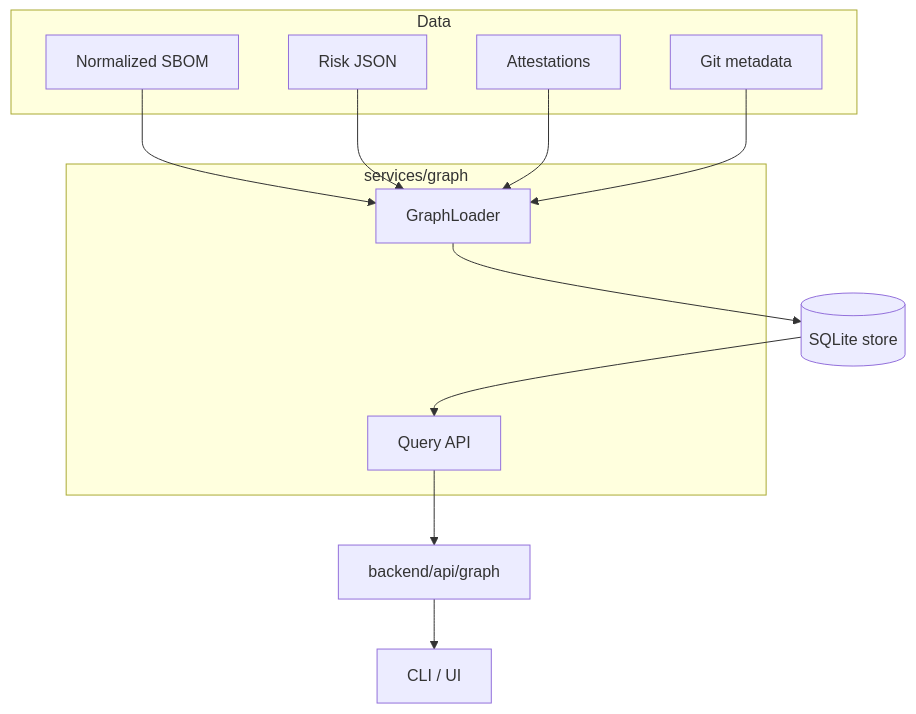
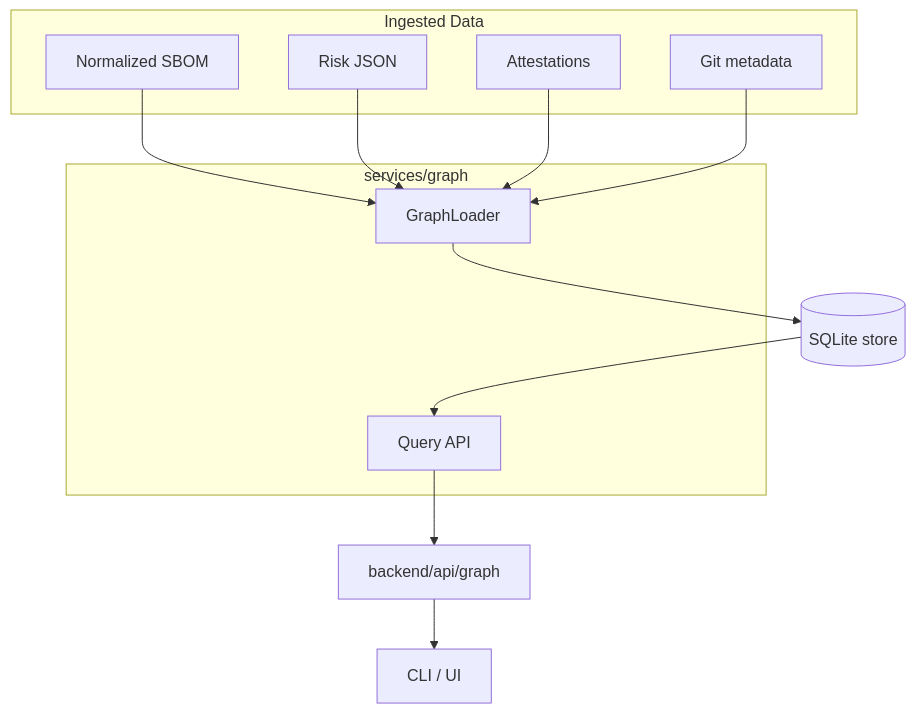
Before and after one commit to DevOpsMadDog/Fixops: the sixth of 11 diagrams in readme_updated.md, drawn with Mermaid. The commit also changed other lines of this file, not shown here.

Commit message:
docs: repair mermaid diagrams

````diff
--- a/readme_updated.md
+++ b/readme_updated.md
@@ -296,21 +296,21 @@
 ```mermaid
 flowchart TD
-    subgraph Data
-        SBOMNodes[Normalized SBOM]
-        RiskNodes[Risk JSON]
-        AttNodes[Attestations]
-        GitNodes[Git metadata]
+    subgraph Data["Ingested Data"]
+        SBOMNodes["Normalized SBOM"]
+        RiskNodes["Risk JSON"]
+        AttNodes["Attestations"]
+        GitNodes["Git metadata"]
     end
-    subgraph GraphEngine[services/graph]
-        Loader[GraphLoader]
-        Queries[Query API]
+    subgraph GraphEngine["services/graph"]
+        Loader["GraphLoader"]
+        Queries["Query API"]
     end
     SBOMNodes --> Loader
     RiskNodes --> Loader
     AttNodes --> Loader
     GitNodes --> Loader
-    Loader --> DB[(SQLite store)]
+    Loader --> DB[("SQLite store")]
     DB --> Queries
-    Queries --> API[backend/api/graph]
-    API --> Consumers[CLI / UI]
+    Queries --> API["backend/api/graph"]
+    API --> Consumers["CLI / UI"]
 ```
````
